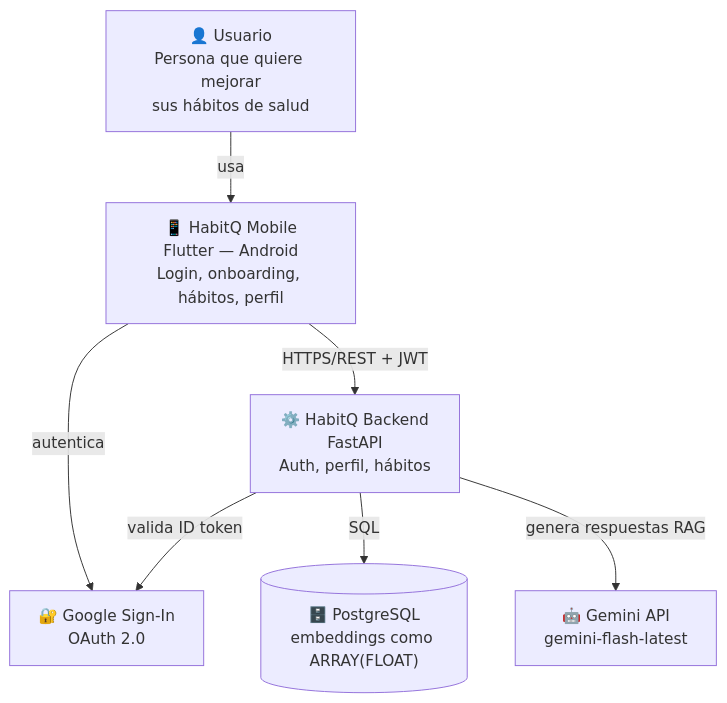
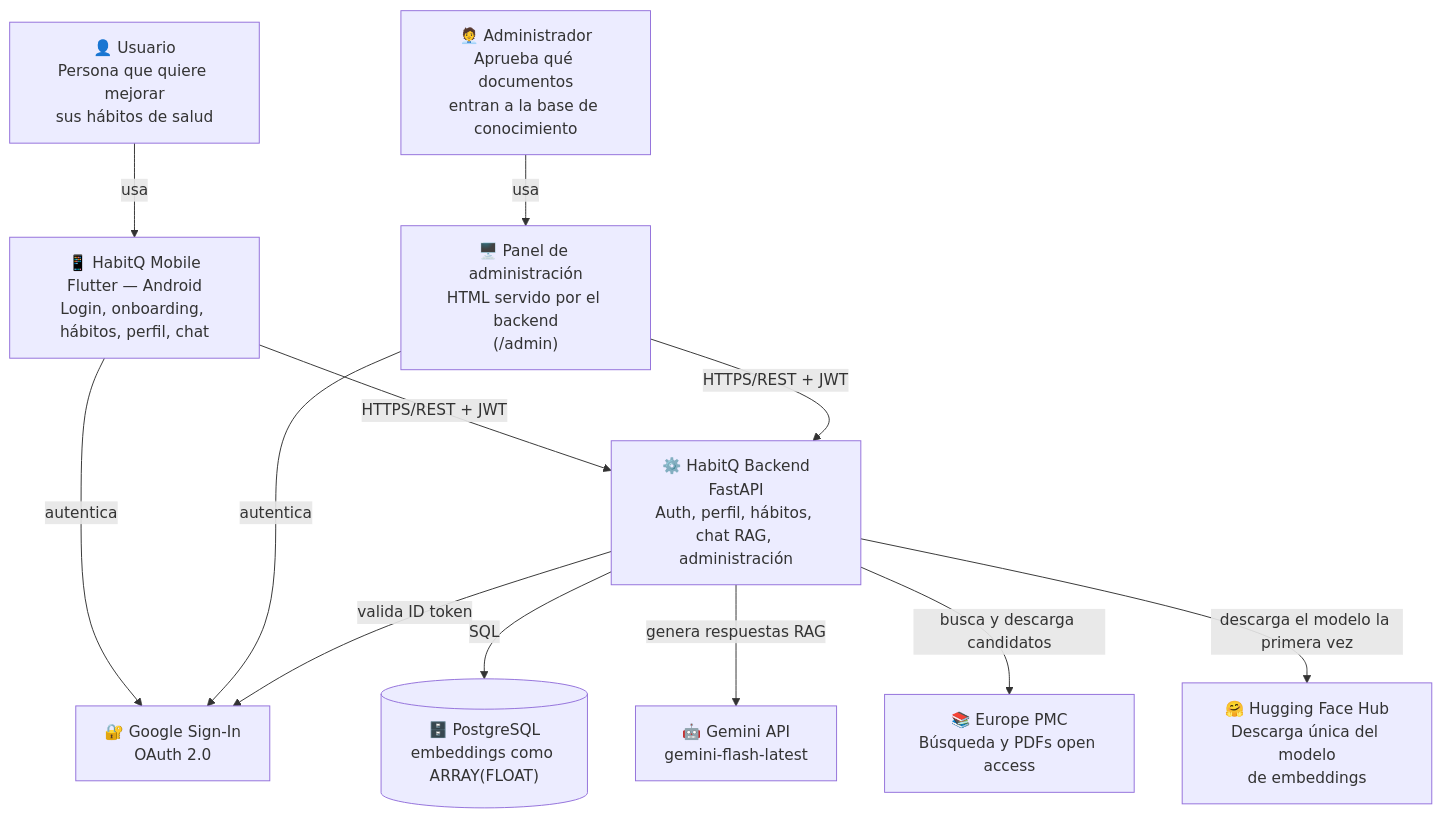
Before and after one commit to FedeJGM/HabitQ: the diagram in docs/diagrams/c4-context.md, drawn with Mermaid. The commit also changed other lines of this file and 4 other files, not shown here.

First line of the commit message:
docs: bring architecture, diagrams and use cases up to date

````diff
--- a/docs/diagrams/c4-context.md
+++ b/docs/diagrams/c4-context.md
@@ -7,16 +7,25 @@
 ```mermaid
 graph TD
     user["👤 Usuario<br/>Persona que quiere mejorar<br/>sus hábitos de salud"]
-    mobile["📱 HabitQ Mobile<br/>Flutter — Android<br/>Login, onboarding, hábitos, perfil"]
-    backend["⚙️ HabitQ Backend<br/>FastAPI<br/>Auth, perfil, hábitos"]
+    admin["🧑‍💼 Administrador<br/>Aprueba qué documentos<br/>entran a la base de conocimiento"]
+    mobile["📱 HabitQ Mobile<br/>Flutter — Android<br/>Login, onboarding, hábitos, perfil, chat"]
+    panel["🖥️ Panel de administración<br/>HTML servido por el backend<br/>(/admin)"]
+    backend["⚙️ HabitQ Backend<br/>FastAPI<br/>Auth, perfil, hábitos, chat RAG, administración"]
     google["🔐 Google Sign-In<br/>OAuth 2.0"]
     postgres[("🗄️ PostgreSQL<br/>embeddings como ARRAY(FLOAT)")]
     gemini["🤖 Gemini API<br/>gemini-flash-latest"]
+    epmc["📚 Europe PMC<br/>Búsqueda y PDFs open access"]
+    hf["🤗 Hugging Face Hub<br/>Descarga única del modelo<br/>de embeddings"]
 
     user -->|usa| mobile
     mobile -->|autentica| google
     mobile -->|HTTPS/REST + JWT| backend
+    admin -->|usa| panel
+    panel -->|autentica| google
+    panel -->|HTTPS/REST + JWT| backend
     backend -->|valida ID token| google
     backend -->|SQL| postgres
     backend -->|genera respuestas RAG| gemini
+    backend -->|busca y descarga candidatos| epmc
+    backend -->|descarga el modelo la primera vez| hf
 ```
````
